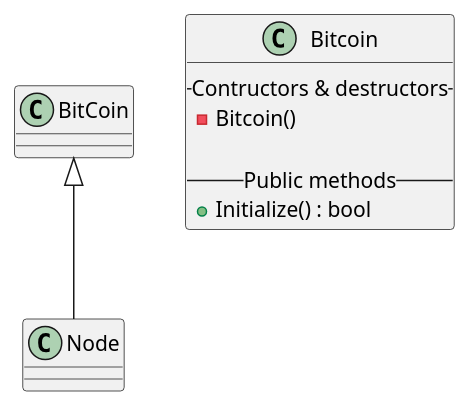
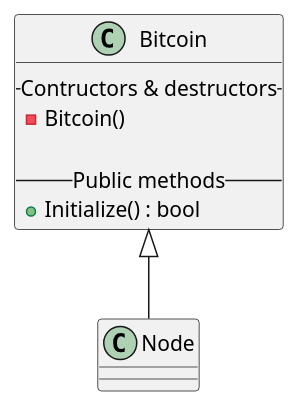
One commit to akashkum/BitCoinMiningSoftware changed the diagram in uml/design.puml. Above: the diagram before and after it, drawn with PlantUML.

```diff
--- a/uml/design.puml
+++ b/uml/design.puml
@@ -1,13 +1,13 @@
 @startuml
 
-BitCoin <|-- Node
+Bitcoin <|-- Node
 
 class Bitcoin {
     -- Contructors & destructors --
     - Bitcoin()
     
     -- Public methods --
     + Initialize() : bool
 }
 
 @enduml
```
